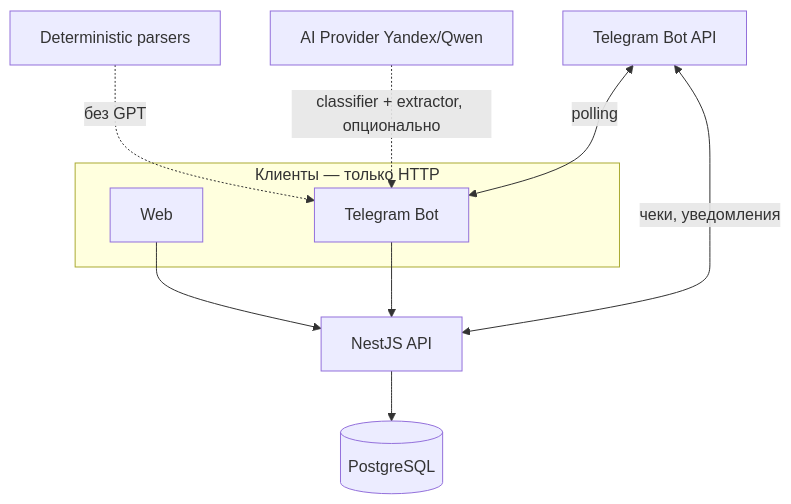
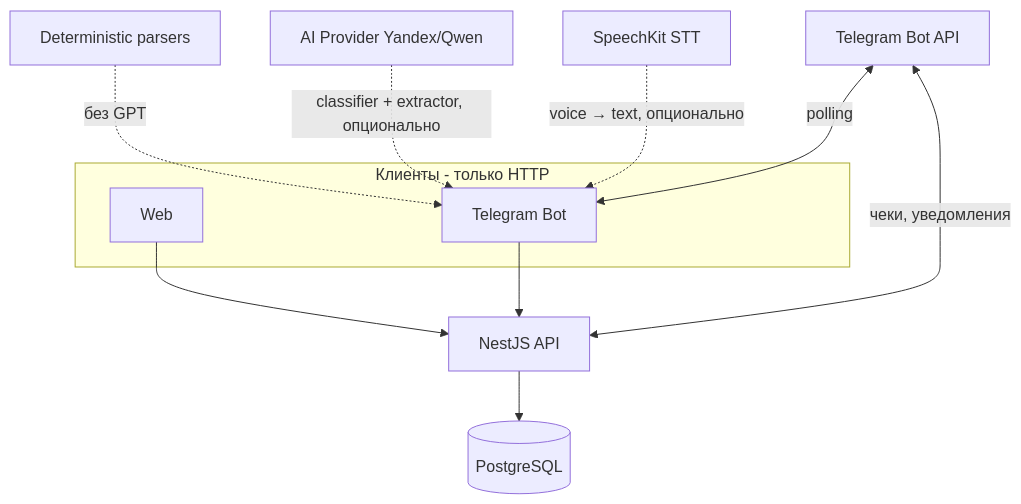
The diagram in docs/developer-guide.md (R1ankeel/neportal), drawn with Mermaid before and after one commit. The commit also changed other lines of this file and 11 other files, not shown here.

````diff
--- a/docs/developer-guide.md
+++ b/docs/developer-guide.md
@@ -29,16 +29,17 @@
 ```mermaid
 flowchart TB
-  subgraph clients [Клиенты — только HTTP]
+  subgraph clients [Клиенты - только HTTP]
     W[Web]
     T[Telegram Bot]
   end
   API[NestJS API]
   DB[(PostgreSQL)]
   W --> API
   T --> API
   API --> DB
   Det[Deterministic parsers] -.->|без GPT| T
   LLM[AI Provider Yandex/Qwen] -.->|classifier + extractor, опционально| T
+  STT[SpeechKit STT] -.->|voice → text, опционально| T
   TG[Telegram Bot API] <-->|чеки, уведомления| API
   TG <-->|polling| T
 ```
````
